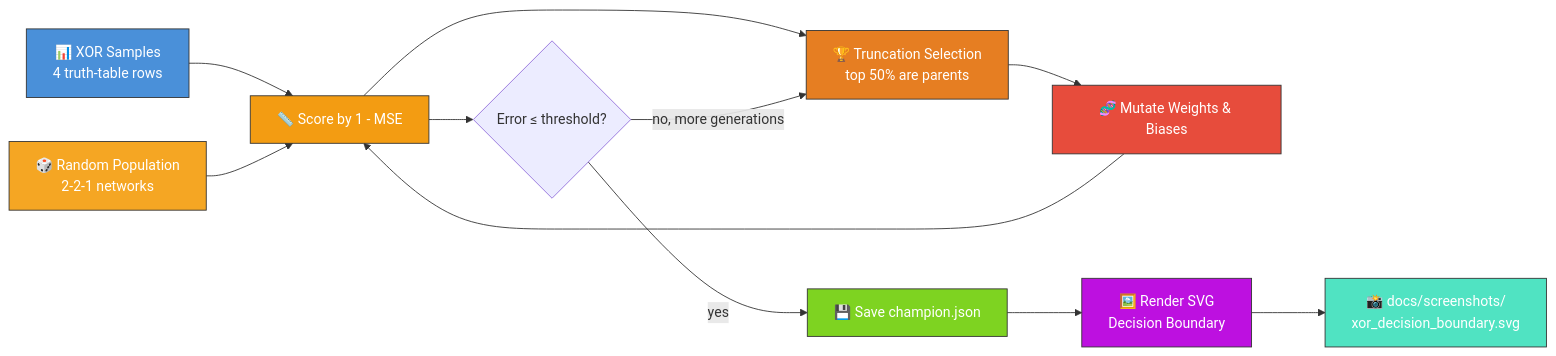
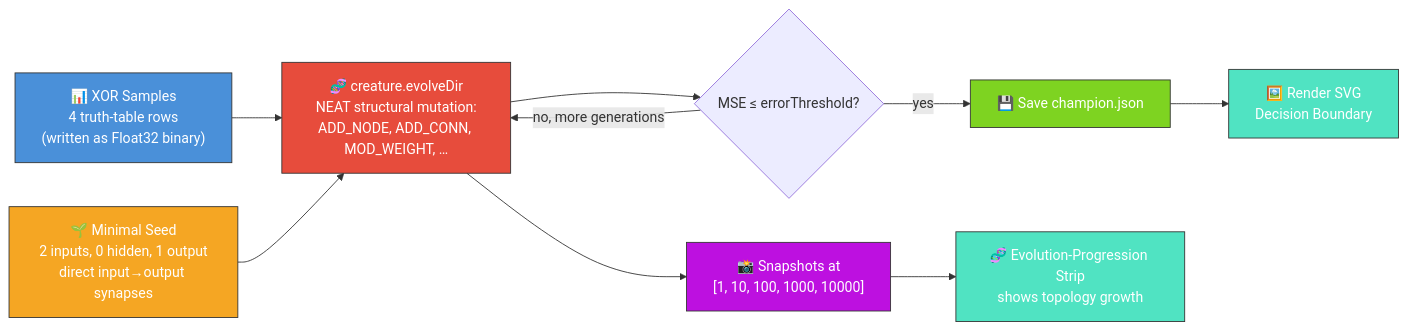
Before and after one commit to stSoftwareAU/NEAT-AI-Examples: the diagram in xor_classification/README.md, drawn with Mermaid. The commit also changed other lines of this file and 7 other files, not shown here.

First line of the commit message:
Evolve XOR from a minimal seed via real NEAT structural mutation

````diff
--- a/xor_classification/README.md
+++ b/xor_classification/README.md
@@ -13,32 +15,28 @@
 ```mermaid
 flowchart LR
-    DATA["📊 XOR Samples<br/>4 truth-table rows"]
-    INIT["🎲 Random Population<br/>2-2-1 networks"]
-    SCORE["📏 Score by 1 - MSE"]
-    SELECT["🏆 Truncation Selection<br/>top 50% are parents"]
-    MUTATE["🧬 Mutate Weights & Biases"]
-    SOLVED{"Error ≤ threshold?"}
+    DATA["📊 XOR Samples<br/>4 truth-table rows<br/>(written as Float32 binary)"]
+    SEED["🌱 Minimal Seed<br/>2 inputs, 0 hidden, 1 output<br/>direct input→output synapses"]
+    EVOLVE["🧬 creature.evolveDir<br/>NEAT structural mutation:<br/>ADD_NODE, ADD_CONN, MOD_WEIGHT, …"]
+    SNAP["📸 Snapshots at<br/>[1, 10, 100, 1000, 10000]"]
+    SOLVED{"MSE ≤ errorThreshold?"}
     CHAMP["💾 Save champion.json"]
     RENDER["🖼️ Render SVG<br/>Decision Boundary"]
-    SHOT["📸 docs/screenshots/<br/>xor_decision_boundary.svg"]
+    STRIP["🧬 Evolution-Progression Strip<br/>shows topology growth"]
 
-    DATA --> SCORE
-    INIT --> SCORE
-    SCORE --> SELECT
-    SELECT --> MUTATE
-    MUTATE --> SCORE
-    SCORE --> SOLVED
+    DATA --> EVOLVE
+    SEED --> EVOLVE
+    EVOLVE --> SNAP
+    EVOLVE --> SOLVED
     SOLVED -- yes --> CHAMP
-    SOLVED -- no, more generations --> SELECT
+    SOLVED -- no, more generations --> EVOLVE
     CHAMP --> RENDER
-    RENDER --> SHOT
+    SNAP --> STRIP
 
     style DATA fill:#4a90d9,stroke:#333,color:#fff
-    style INIT fill:#f5a623,stroke:#333,color:#fff
-    style SCORE fill:#f39c12,stroke:#333,color:#fff
-    style SELECT fill:#e67e22,stroke:#333,color:#fff
-    style MUTATE fill:#e74c3c,stroke:#333,color:#fff
+    style SEED fill:#f5a623,stroke:#333,color:#fff
+    style EVOLVE fill:#e74c3c,stroke:#333,color:#fff
+    style SNAP fill:#bd10e0,stroke:#333,color:#fff
     style CHAMP fill:#7ed321,stroke:#333,color:#fff
-    style RENDER fill:#bd10e0,stroke:#333,color:#fff
-    style SHOT fill:#50e3c2,stroke:#333,color:#fff
+    style RENDER fill:#50e3c2,stroke:#333,color:#fff
+    style STRIP fill:#50e3c2,stroke:#333,color:#fff
 ```
````
